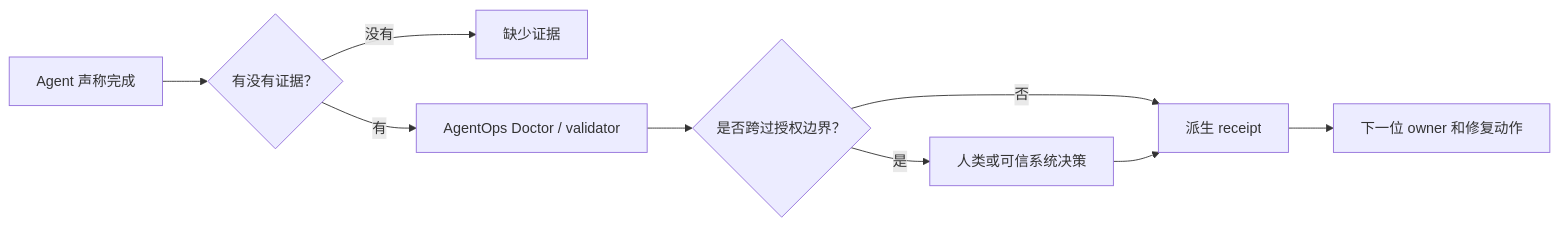
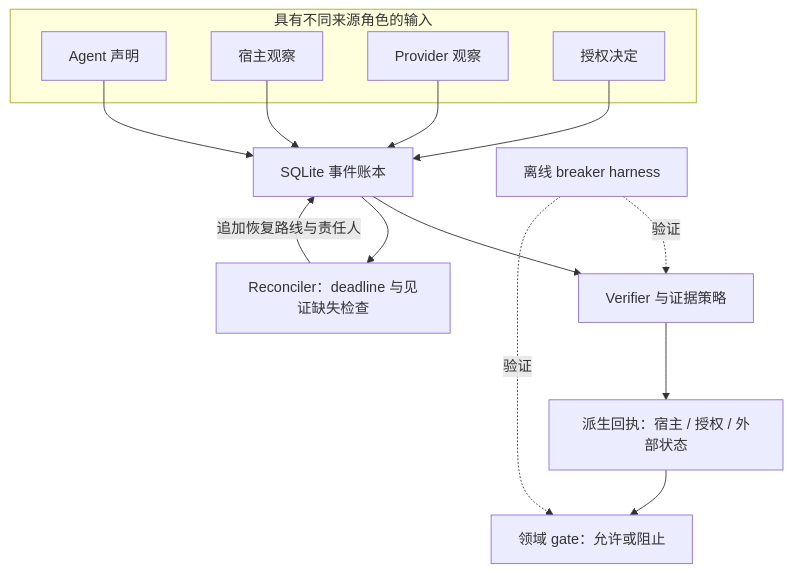
One commit to aDragon0707/sacp changed the diagram in README.zh-CN.md. Above: the diagram before and after it, drawn with Mermaid. The commit also changed other lines of this file and 3 other files, not shown here.

Commit message:
docs: clarify README architecture and guide existing examples (#17)

````diff
--- a/README.zh-CN.md
+++ b/README.zh-CN.md
@@ -164,11 +61,20 @@
 ```mermaid
-flowchart LR
-    A[Agent 声称完成] --> B{有没有证据？}
-    B -- 没有 --> C[缺少证据]
-    B -- 有 --> D[AgentOps Doctor / validator]
-    D --> E{是否跨过授权边界？}
-    E -- 是 --> F[人类或可信系统决策]
-    E -- 否 --> G[派生 receipt]
-    F --> G
-    G --> H[下一位 owner 和修复动作]
+flowchart TB
+    subgraph Inputs[具有不同来源角色的输入]
+        C[Agent 声明]
+        H[宿主观察]
+        P[Provider 观察]
+        A[授权决定]
+    end
+    C --> S[SQLite 事件账本]
+    H --> S
+    P --> S
+    A --> S
+    S --> V[Verifier 与证据策略]
+    V --> R[派生回执：宿主 / 授权 / 外部状态]
+    R --> G[领域 gate：允许或阻止]
+    S --> Q[Reconciler：deadline 与见证缺失检查]
+    Q -->|追加恢复路线与责任人| S
+    T[离线 breaker harness] -. 验证 .-> V
+    T -. 验证 .-> G
 ```
````
